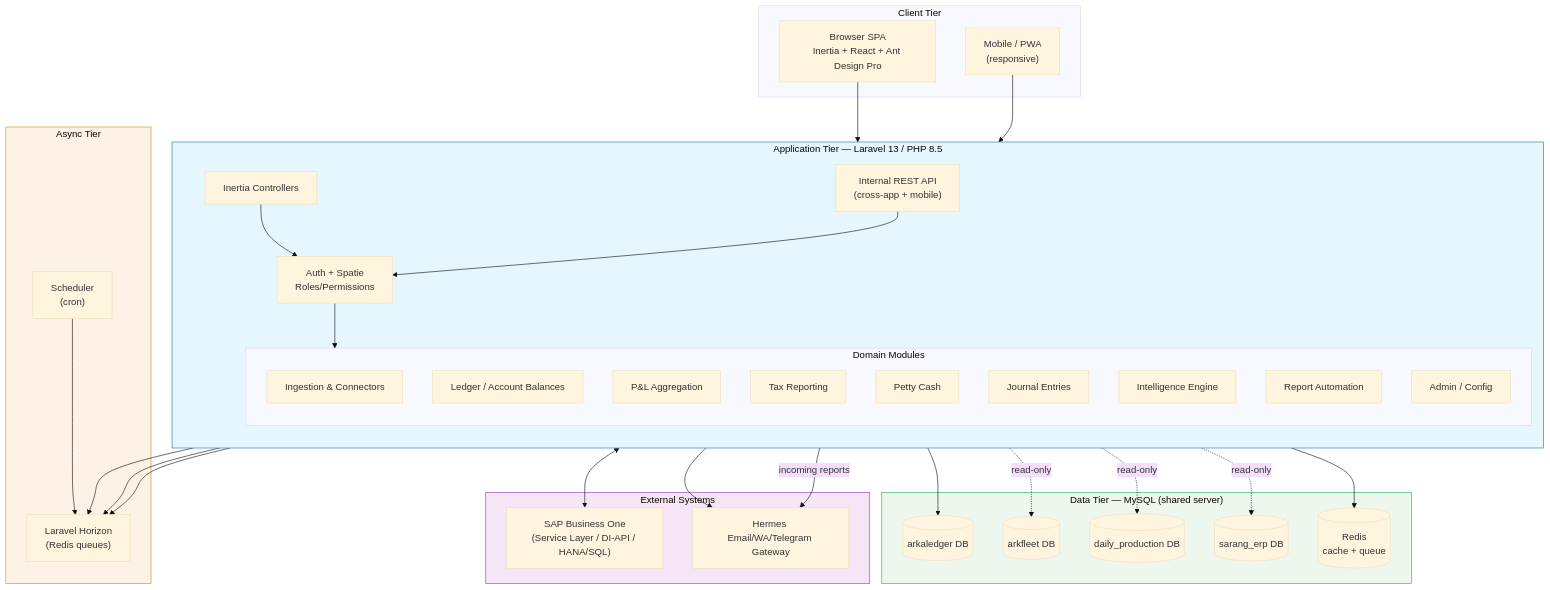
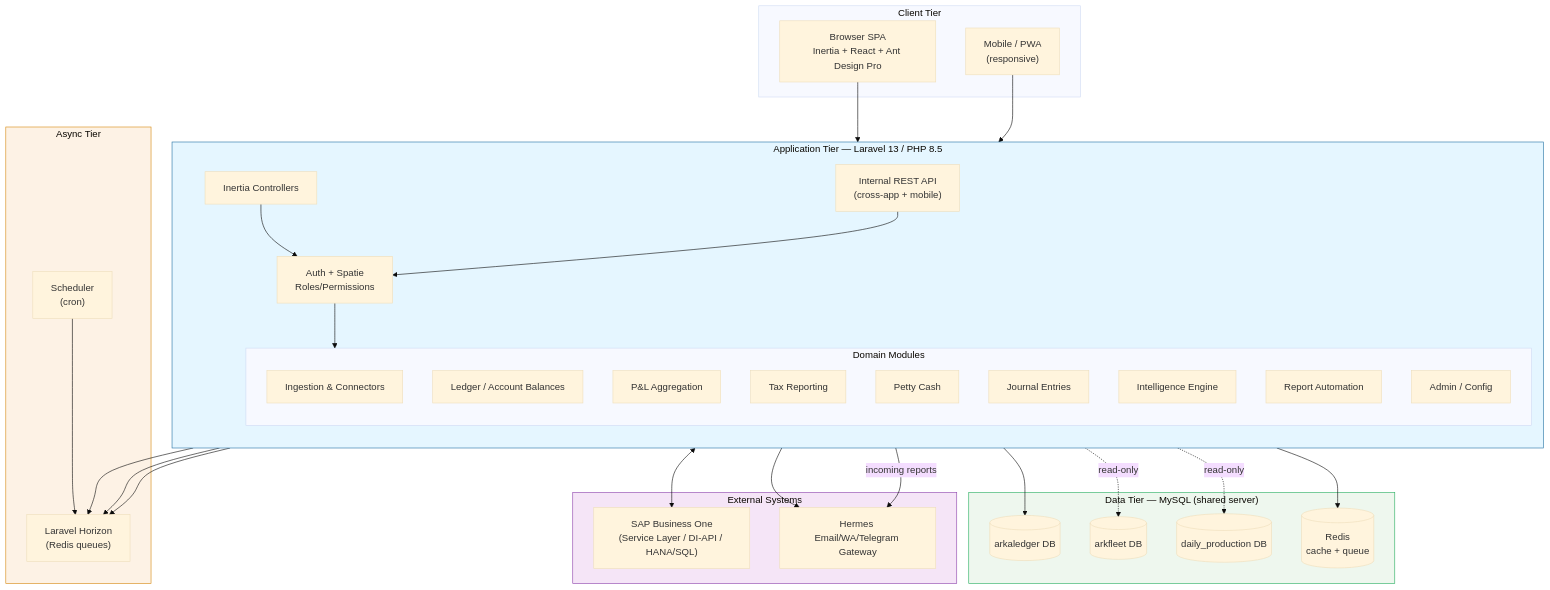
One commit to rachmanj/inhouse-pnl changed the third of 19 diagrams in docs/concept.md. Above: the diagram before and after it, drawn with Mermaid (base theme). The commit also changed other lines of this file and 8 other files, not shown here.

First line of the commit message:
chore: drop sarang-erp integration — ArkaLedger is standalone

````diff
--- a/docs/concept.md
+++ b/docs/concept.md
@@ -203,70 +201,68 @@
 ```mermaid
 flowchart TB
     subgraph Client["Client Tier"]
         Browser["Browser SPA\nInertia + React + Ant Design Pro"]
         Mobile["Mobile / PWA\n(responsive)"]
     end
 
     subgraph Web["Application Tier — Laravel 13 / PHP 8.5"]
         direction TB
         Inertia["Inertia Controllers"]
         API["Internal REST API\n(cross-app + mobile)"]
         Auth["Auth + Spatie\nRoles/Permissions"]
 
         subgraph Domain["Domain Modules"]
             Ingest["Ingestion & Connectors"]
             Ledger["Ledger / Account Balances"]
             PnL["P&L Aggregation"]
             Tax["Tax Reporting"]
             Cash["Petty Cash"]
             Journal["Journal Entries"]
             Intel["Intelligence Engine"]
             Report["Report Automation"]
             Admin["Admin / Config"]
         end
     end
 
     subgraph Workers["Async Tier"]
         Horizon["Laravel Horizon\n(Redis queues)"]
         Sched["Scheduler\n(cron)"]
     end
 
     subgraph Data["Data Tier — MySQL (shared server)"]
         FinDB[("arkaledger DB")]
         ArkDB[("arkfleet DB")]
         ProdDB[("daily_production DB")]
-        ErpDB[("sarang_erp DB")]
         RedisC[("Redis\ncache + queue")]
     end
 
     subgraph External["External Systems"]
         SAPB1["SAP Business One\n(Service Layer / DI-API / HANA/SQL)"]
         Hermes["Hermes Email/WA/Telegram Gateway"]
     end
 
     Browser --> Inertia
     Mobile --> API
     Inertia --> Auth
     API --> Auth
     Auth --> Domain
 
     Ingest --> Horizon
     Report --> Horizon
     Intel --> Horizon
     Sched --> Horizon
 
     Domain --> FinDB
     Ingest -. read-only .-> ArkDB
     Ingest -. read-only .-> ProdDB
-    Ingest -. read-only .-> ErpDB
     Domain --> RedisC
 
     Ingest <--> SAPB1
     Report --> Hermes
     Ingest <-. incoming reports .- Hermes
 
     style Web fill:#e5f6ff,stroke:#2471a3
     style Workers fill:#fdf2e5,stroke:#d68910
     style Data fill:#eef7ee,stroke:#27ae60
     style External fill:#f5e5f7,stroke:#8e44ad
 ```
````
